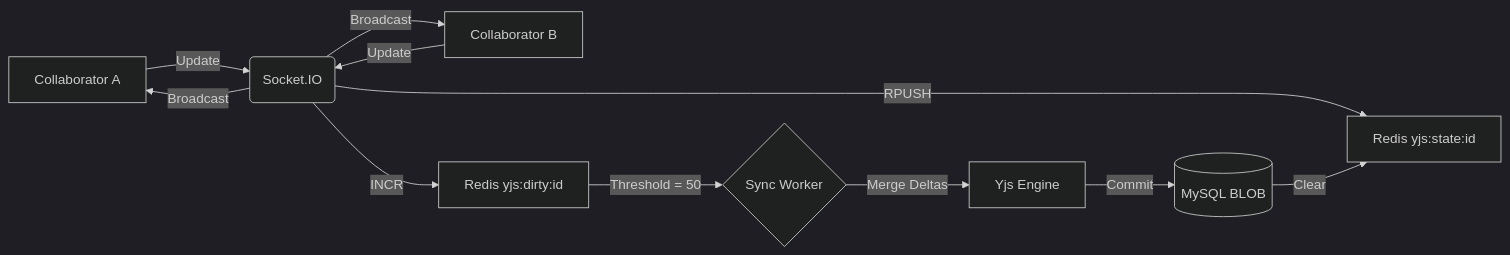
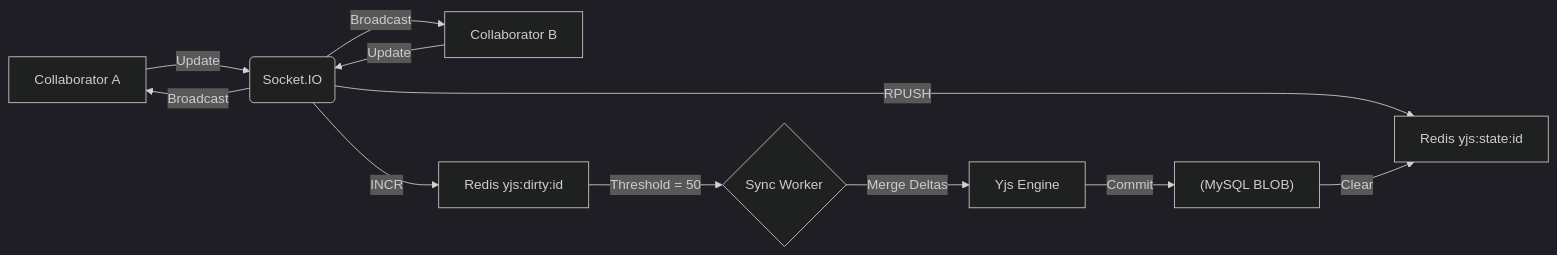
Before and after one commit to UryxSoft/xplagiax_marktrack: the sixth of 10 diagrams in README.md, drawn with Mermaid (dark theme). The commit also changed other lines of this file, not shown here.

Commit message:
docs: fix mermaid syntax errors in README by quoting node labels

````diff
--- a/README.md
+++ b/README.md
@@ -139,13 +136,13 @@
 ```mermaid
 graph LR
-    A[Collaborator A] -->|Update| B(Socket.IO)
+    A[Collaborator A] -->|Update| B("Socket.IO")
     C[Collaborator B] -->|Update| B
     B -->|Broadcast| A
     B -->|Broadcast| C
     B -->|RPUSH| D[Redis yjs:state:id]
     B -->|INCR| E[Redis yjs:dirty:id]
     E -->|Threshold = 50| F{Sync Worker}
     F -->|Merge Deltas| G[Yjs Engine]
-    G -->|Commit| H[(MySQL BLOB)]
+    G -->|Commit| H["(MySQL BLOB)"]
     H -->|Clear| D
 ```
````
